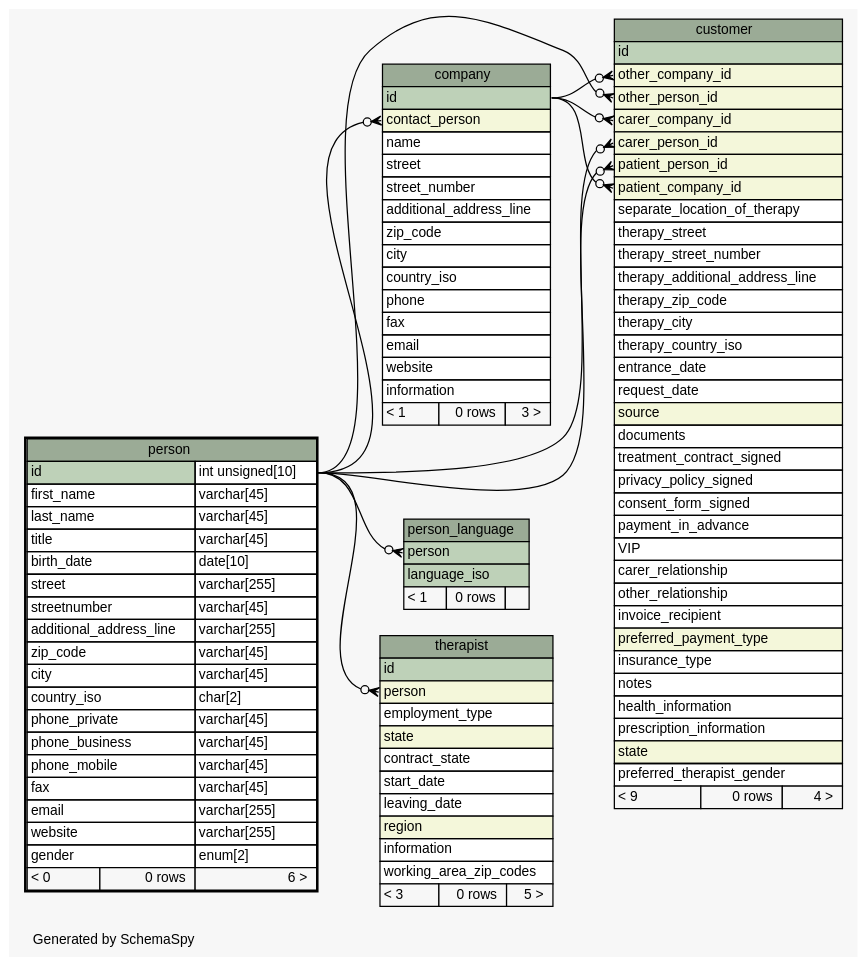
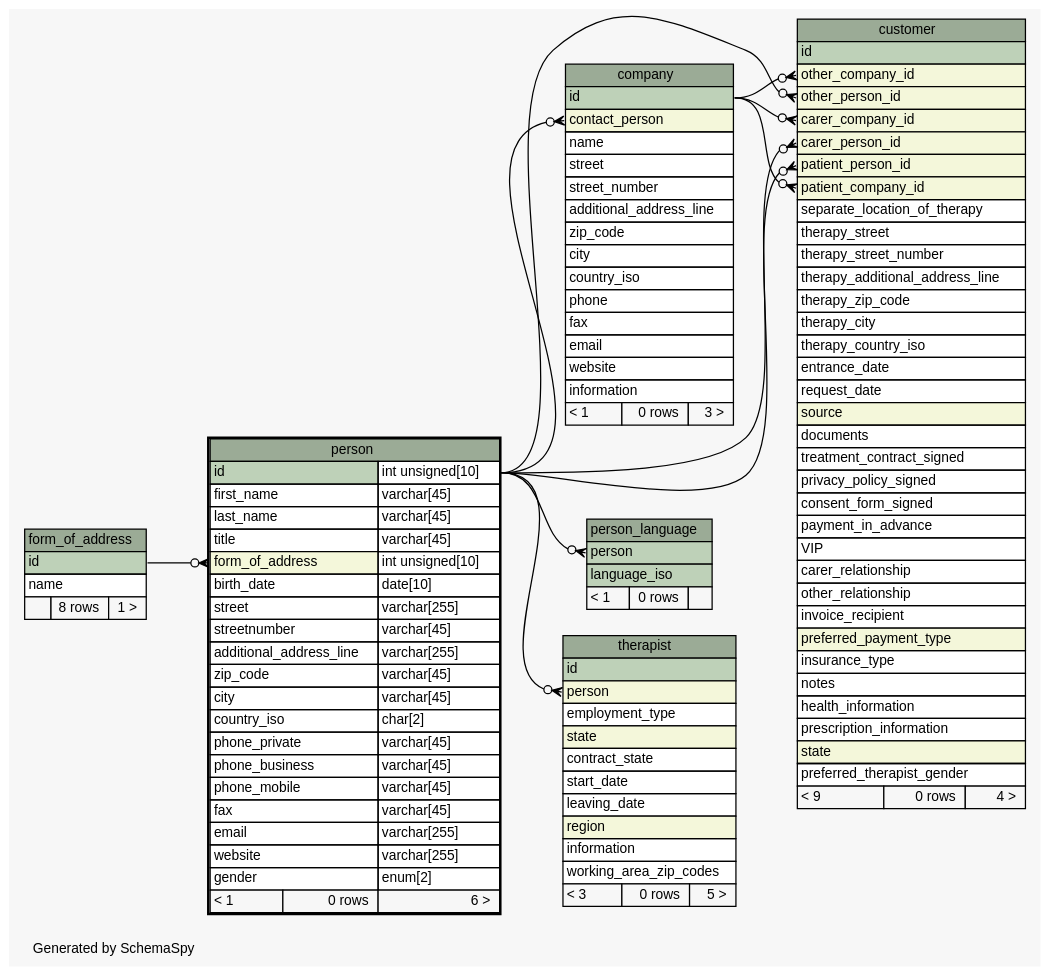
Before and after one commit to KaiBMP/KaiBMP.github.io: the diagram in diagrams/person.1degree.dot, drawn with Graphviz. The commit also changed 88 other files, not shown here.

Commit message:
schemaspy update

```diff
--- a/diagrams/person.1degree.dot
+++ b/diagrams/person.1degree.dot
@@ -1,153 +1,166 @@
 // dot 2.40.1 on Linux 5.3.0-26-generic
 // SchemaSpy rev 590
 digraph "oneDegreeRelationshipsDiagram" {
   graph [
     rankdir="RL"
     bgcolor="#f7f7f7"
     label="\nGenerated by SchemaSpy"
     labeljust="l"
     nodesep="0.18"
     ranksep="0.46"
     fontname="Helvetica"
     fontsize="11"
   ];
   node [
     fontname="Helvetica"
     fontsize="11"
     shape="plaintext"
   ];
   edge [
     arrowsize="0.8"
   ];
   "company":"contact_person":w -> "person":"id.type":e [arrowhead=none dir=back arrowtail=crowodot];
   "customer":"carer_company_id":w -> "company":"id":e [arrowhead=none dir=back arrowtail=crowodot];
   "customer":"carer_person_id":w -> "person":"id.type":e [arrowhead=none dir=back arrowtail=crowodot];
   "customer":"other_company_id":w -> "company":"id":e [arrowhead=none dir=back arrowtail=crowodot];
   "customer":"other_person_id":w -> "person":"id.type":e [arrowhead=none dir=back arrowtail=crowodot];
   "customer":"patient_company_id":w -> "company":"id":e [arrowhead=none dir=back arrowtail=crowodot];
   "customer":"patient_person_id":w -> "person":"id.type":e [arrowhead=none dir=back arrowtail=crowodot];
+  "person":"form_of_address":w -> "form_of_address":"id":e [arrowhead=none dir=back arrowtail=crowodot];
   "person_language":"person":w -> "person":"id.type":e [arrowhead=none dir=back arrowtail=crowodot];
   "therapist":"person":w -> "person":"id.type":e [arrowhead=none dir=back arrowtail=crowodot];
   "company" [
     label=<
     <TABLE BORDER="0" CELLBORDER="1" CELLSPACING="0" BGCOLOR="#ffffff">
       <TR><TD COLSPAN="3" BGCOLOR="#9bab96" ALIGN="CENTER">company</TD></TR>
       <TR><TD PORT="id" COLSPAN="3" BGCOLOR="#bed1b8" ALIGN="LEFT">id</TD></TR>
       <TR><TD PORT="contact_person" COLSPAN="3" BGCOLOR="#f4f7da" ALIGN="LEFT">contact_person</TD></TR>
       <TR><TD PORT="name" COLSPAN="3" ALIGN="LEFT">name</TD></TR>
       <TR><TD PORT="street" COLSPAN="3" ALIGN="LEFT">street</TD></TR>
       <TR><TD PORT="street_number" COLSPAN="3" ALIGN="LEFT">street_number</TD></TR>
       <TR><TD PORT="additional_address_line" COLSPAN="3" ALIGN="LEFT">additional_address_line</TD></TR>
       <TR><TD PORT="zip_code" COLSPAN="3" ALIGN="LEFT">zip_code</TD></TR>
       <TR><TD PORT="city" COLSPAN="3" ALIGN="LEFT">city</TD></TR>
       <TR><TD PORT="country_iso" COLSPAN="3" ALIGN="LEFT">country_iso</TD></TR>
       <TR><TD PORT="phone" COLSPAN="3" ALIGN="LEFT">phone</TD></TR>
       <TR><TD PORT="fax" COLSPAN="3" ALIGN="LEFT">fax</TD></TR>
       <TR><TD PORT="email" COLSPAN="3" ALIGN="LEFT">email</TD></TR>
       <TR><TD PORT="website" COLSPAN="3" ALIGN="LEFT">website</TD></TR>
       <TR><TD PORT="information" COLSPAN="3" ALIGN="LEFT">information</TD></TR>
       <TR><TD ALIGN="LEFT" BGCOLOR="#f7f7f7">&lt; 1</TD><TD ALIGN="RIGHT" BGCOLOR="#f7f7f7">0 rows</TD><TD ALIGN="RIGHT" BGCOLOR="#f7f7f7">3 &gt;</TD></TR>
     </TABLE>>
     URL="company.html"
     tooltip="company"
   ];
   "customer" [
     label=<
     <TABLE BORDER="0" CELLBORDER="1" CELLSPACING="0" BGCOLOR="#ffffff">
       <TR><TD COLSPAN="3" BGCOLOR="#9bab96" ALIGN="CENTER">customer</TD></TR>
       <TR><TD PORT="id" COLSPAN="3" BGCOLOR="#bed1b8" ALIGN="LEFT">id</TD></TR>
       <TR><TD PORT="other_company_id" COLSPAN="3" BGCOLOR="#f4f7da" ALIGN="LEFT">other_company_id</TD></TR>
       <TR><TD PORT="other_person_id" COLSPAN="3" BGCOLOR="#f4f7da" ALIGN="LEFT">other_person_id</TD></TR>
       <TR><TD PORT="carer_company_id" COLSPAN="3" BGCOLOR="#f4f7da" ALIGN="LEFT">carer_company_id</TD></TR>
       <TR><TD PORT="carer_person_id" COLSPAN="3" BGCOLOR="#f4f7da" ALIGN="LEFT">carer_person_id</TD></TR>
       <TR><TD PORT="patient_person_id" COLSPAN="3" BGCOLOR="#f4f7da" ALIGN="LEFT">patient_person_id</TD></TR>
       <TR><TD PORT="patient_company_id" COLSPAN="3" BGCOLOR="#f4f7da" ALIGN="LEFT">patient_company_id</TD></TR>
       <TR><TD PORT="separate_location_of_therapy" COLSPAN="3" ALIGN="LEFT">separate_location_of_therapy</TD></TR>
       <TR><TD PORT="therapy_street" COLSPAN="3" ALIGN="LEFT">therapy_street</TD></TR>
       <TR><TD PORT="therapy_street_number" COLSPAN="3" ALIGN="LEFT">therapy_street_number</TD></TR>
       <TR><TD PORT="therapy_additional_address_line" COLSPAN="3" ALIGN="LEFT">therapy_additional_address_line</TD></TR>
       <TR><TD PORT="therapy_zip_code" COLSPAN="3" ALIGN="LEFT">therapy_zip_code</TD></TR>
       <TR><TD PORT="therapy_city" COLSPAN="3" ALIGN="LEFT">therapy_city</TD></TR>
       <TR><TD PORT="therapy_country_iso" COLSPAN="3" ALIGN="LEFT">therapy_country_iso</TD></TR>
       <TR><TD PORT="entrance_date" COLSPAN="3" ALIGN="LEFT">entrance_date</TD></TR>
       <TR><TD PORT="request_date" COLSPAN="3" ALIGN="LEFT">request_date</TD></TR>
       <TR><TD PORT="source" COLSPAN="3" BGCOLOR="#f4f7da" ALIGN="LEFT">source</TD></TR>
       <TR><TD PORT="documents" COLSPAN="3" ALIGN="LEFT">documents</TD></TR>
       <TR><TD PORT="treatment_contract_signed" COLSPAN="3" ALIGN="LEFT">treatment_contract_signed</TD></TR>
       <TR><TD PORT="privacy_policy_signed" COLSPAN="3" ALIGN="LEFT">privacy_policy_signed</TD></TR>
       <TR><TD PORT="consent_form_signed" COLSPAN="3" ALIGN="LEFT">consent_form_signed</TD></TR>
       <TR><TD PORT="payment_in_advance" COLSPAN="3" ALIGN="LEFT">payment_in_advance</TD></TR>
       <TR><TD PORT="VIP" COLSPAN="3" ALIGN="LEFT">VIP</TD></TR>
       <TR><TD PORT="carer_relationship" COLSPAN="3" ALIGN="LEFT">carer_relationship</TD></TR>
       <TR><TD PORT="other_relationship" COLSPAN="3" ALIGN="LEFT">other_relationship</TD></TR>
       <TR><TD PORT="invoice_recipient" COLSPAN="3" ALIGN="LEFT">invoice_recipient</TD></TR>
       <TR><TD PORT="preferred_payment_type" COLSPAN="3" BGCOLOR="#f4f7da" ALIGN="LEFT">preferred_payment_type</TD></TR>
       <TR><TD PORT="insurance_type" COLSPAN="3" ALIGN="LEFT">insurance_type</TD></TR>
       <TR><TD PORT="notes" COLSPAN="3" ALIGN="LEFT">notes</TD></TR>
       <TR><TD PORT="health_information" COLSPAN="3" ALIGN="LEFT">health_information</TD></TR>
       <TR><TD PORT="prescription_information" COLSPAN="3" ALIGN="LEFT">prescription_information</TD></TR>
       <TR><TD PORT="state" COLSPAN="3" BGCOLOR="#f4f7da" ALIGN="LEFT">state</TD></TR>
       <TR><TD PORT="preferred_therapist_gender" COLSPAN="3" ALIGN="LEFT">preferred_therapist_gender</TD></TR>
       <TR><TD ALIGN="LEFT" BGCOLOR="#f7f7f7">&lt; 9</TD><TD ALIGN="RIGHT" BGCOLOR="#f7f7f7">0 rows</TD><TD ALIGN="RIGHT" BGCOLOR="#f7f7f7">4 &gt;</TD></TR>
     </TABLE>>
     URL="customer.html"
     tooltip="customer"
   ];
+  "form_of_address" [
+    label=<
+    <TABLE BORDER="0" CELLBORDER="1" CELLSPACING="0" BGCOLOR="#ffffff">
+      <TR><TD COLSPAN="3" BGCOLOR="#9bab96" ALIGN="CENTER">form_of_address</TD></TR>
+      <TR><TD PORT="id" COLSPAN="3" BGCOLOR="#bed1b8" ALIGN="LEFT">id</TD></TR>
+      <TR><TD PORT="name" COLSPAN="3" ALIGN="LEFT">name</TD></TR>
+      <TR><TD ALIGN="LEFT" BGCOLOR="#f7f7f7">  </TD><TD ALIGN="RIGHT" BGCOLOR="#f7f7f7">8 rows</TD><TD ALIGN="RIGHT" BGCOLOR="#f7f7f7">1 &gt;</TD></TR>
+    </TABLE>>
+    URL="form_of_address.html"
+    tooltip="form_of_address"
+  ];
   "person" [
     label=<
     <TABLE BORDER="2" CELLBORDER="1" CELLSPACING="0" BGCOLOR="#ffffff">
       <TR><TD COLSPAN="3" BGCOLOR="#9bab96" ALIGN="CENTER">person</TD></TR>
       <TR><TD PORT="id" COLSPAN="2" BGCOLOR="#bed1b8" ALIGN="LEFT">id</TD><TD PORT="id.type" ALIGN="LEFT">int unsigned[10]</TD></TR>
       <TR><TD PORT="first_name" COLSPAN="2" ALIGN="LEFT">first_name</TD><TD PORT="first_name.type" ALIGN="LEFT">varchar[45]</TD></TR>
       <TR><TD PORT="last_name" COLSPAN="2" ALIGN="LEFT">last_name</TD><TD PORT="last_name.type" ALIGN="LEFT">varchar[45]</TD></TR>
       <TR><TD PORT="title" COLSPAN="2" ALIGN="LEFT">title</TD><TD PORT="title.type" ALIGN="LEFT">varchar[45]</TD></TR>
+      <TR><TD PORT="form_of_address" COLSPAN="2" BGCOLOR="#f4f7da" ALIGN="LEFT">form_of_address</TD><TD PORT="form_of_address.type" ALIGN="LEFT">int unsigned[10]</TD></TR>
       <TR><TD PORT="birth_date" COLSPAN="2" ALIGN="LEFT">birth_date</TD><TD PORT="birth_date.type" ALIGN="LEFT">date[10]</TD></TR>
       <TR><TD PORT="street" COLSPAN="2" ALIGN="LEFT">street</TD><TD PORT="street.type" ALIGN="LEFT">varchar[255]</TD></TR>
       <TR><TD PORT="streetnumber" COLSPAN="2" ALIGN="LEFT">streetnumber</TD><TD PORT="streetnumber.type" ALIGN="LEFT">varchar[45]</TD></TR>
       <TR><TD PORT="additional_address_line" COLSPAN="2" ALIGN="LEFT">additional_address_line</TD><TD PORT="additional_address_line.type" ALIGN="LEFT">varchar[255]</TD></TR>
       <TR><TD PORT="zip_code" COLSPAN="2" ALIGN="LEFT">zip_code</TD><TD PORT="zip_code.type" ALIGN="LEFT">varchar[45]</TD></TR>
       <TR><TD PORT="city" COLSPAN="2" ALIGN="LEFT">city</TD><TD PORT="city.type" ALIGN="LEFT">varchar[45]</TD></TR>
       <TR><TD PORT="country_iso" COLSPAN="2" ALIGN="LEFT">country_iso</TD><TD PORT="country_iso.type" ALIGN="LEFT">char[2]</TD></TR>
       <TR><TD PORT="phone_private" COLSPAN="2" ALIGN="LEFT">phone_private</TD><TD PORT="phone_private.type" ALIGN="LEFT">varchar[45]</TD></TR>
       <TR><TD PORT="phone_business" COLSPAN="2" ALIGN="LEFT">phone_business</TD><TD PORT="phone_business.type" ALIGN="LEFT">varchar[45]</TD></TR>
       <TR><TD PORT="phone_mobile" COLSPAN="2" ALIGN="LEFT">phone_mobile</TD><TD PORT="phone_mobile.type" ALIGN="LEFT">varchar[45]</TD></TR>
       <TR><TD PORT="fax" COLSPAN="2" ALIGN="LEFT">fax</TD><TD PORT="fax.type" ALIGN="LEFT">varchar[45]</TD></TR>
       <TR><TD PORT="email" COLSPAN="2" ALIGN="LEFT">email</TD><TD PORT="email.type" ALIGN="LEFT">varchar[255]</TD></TR>
       <TR><TD PORT="website" COLSPAN="2" ALIGN="LEFT">website</TD><TD PORT="website.type" ALIGN="LEFT">varchar[255]</TD></TR>
       <TR><TD PORT="gender" COLSPAN="2" ALIGN="LEFT">gender</TD><TD PORT="gender.type" ALIGN="LEFT">enum[2]</TD></TR>
-      <TR><TD ALIGN="LEFT" BGCOLOR="#f7f7f7">&lt; 0</TD><TD ALIGN="RIGHT" BGCOLOR="#f7f7f7">0 rows</TD><TD ALIGN="RIGHT" BGCOLOR="#f7f7f7">6 &gt;</TD></TR>
+      <TR><TD ALIGN="LEFT" BGCOLOR="#f7f7f7">&lt; 1</TD><TD ALIGN="RIGHT" BGCOLOR="#f7f7f7">0 rows</TD><TD ALIGN="RIGHT" BGCOLOR="#f7f7f7">6 &gt;</TD></TR>
     </TABLE>>
     URL="person.html"
     tooltip="person"
   ];
   "person_language" [
     label=<
     <TABLE BORDER="0" CELLBORDER="1" CELLSPACING="0" BGCOLOR="#ffffff">
       <TR><TD COLSPAN="3" BGCOLOR="#9bab96" ALIGN="CENTER">person_language</TD></TR>
       <TR><TD PORT="person" COLSPAN="3" BGCOLOR="#bed1b8" ALIGN="LEFT">person</TD></TR>
       <TR><TD PORT="language_iso" COLSPAN="3" BGCOLOR="#bed1b8" ALIGN="LEFT">language_iso</TD></TR>
       <TR><TD ALIGN="LEFT" BGCOLOR="#f7f7f7">&lt; 1</TD><TD ALIGN="RIGHT" BGCOLOR="#f7f7f7">0 rows</TD><TD ALIGN="RIGHT" BGCOLOR="#f7f7f7">  </TD></TR>
     </TABLE>>
     URL="person_language.html"
     tooltip="person_language"
   ];
   "therapist" [
     label=<
     <TABLE BORDER="0" CELLBORDER="1" CELLSPACING="0" BGCOLOR="#ffffff">
       <TR><TD COLSPAN="3" BGCOLOR="#9bab96" ALIGN="CENTER">therapist</TD></TR>
       <TR><TD PORT="id" COLSPAN="3" BGCOLOR="#bed1b8" ALIGN="LEFT">id</TD></TR>
       <TR><TD PORT="person" COLSPAN="3" BGCOLOR="#f4f7da" ALIGN="LEFT">person</TD></TR>
       <TR><TD PORT="employment_type" COLSPAN="3" ALIGN="LEFT">employment_type</TD></TR>
       <TR><TD PORT="state" COLSPAN="3" BGCOLOR="#f4f7da" ALIGN="LEFT">state</TD></TR>
       <TR><TD PORT="contract_state" COLSPAN="3" ALIGN="LEFT">contract_state</TD></TR>
       <TR><TD PORT="start_date" COLSPAN="3" ALIGN="LEFT">start_date</TD></TR>
       <TR><TD PORT="leaving_date" COLSPAN="3" ALIGN="LEFT">leaving_date</TD></TR>
       <TR><TD PORT="region" COLSPAN="3" BGCOLOR="#f4f7da" ALIGN="LEFT">region</TD></TR>
       <TR><TD PORT="information" COLSPAN="3" ALIGN="LEFT">information</TD></TR>
       <TR><TD PORT="working_area_zip_codes" COLSPAN="3" ALIGN="LEFT">working_area_zip_codes</TD></TR>
       <TR><TD ALIGN="LEFT" BGCOLOR="#f7f7f7">&lt; 3</TD><TD ALIGN="RIGHT" BGCOLOR="#f7f7f7">0 rows</TD><TD ALIGN="RIGHT" BGCOLOR="#f7f7f7">5 &gt;</TD></TR>
     </TABLE>>
     URL="therapist.html"
     tooltip="therapist"
   ];
 }
```
